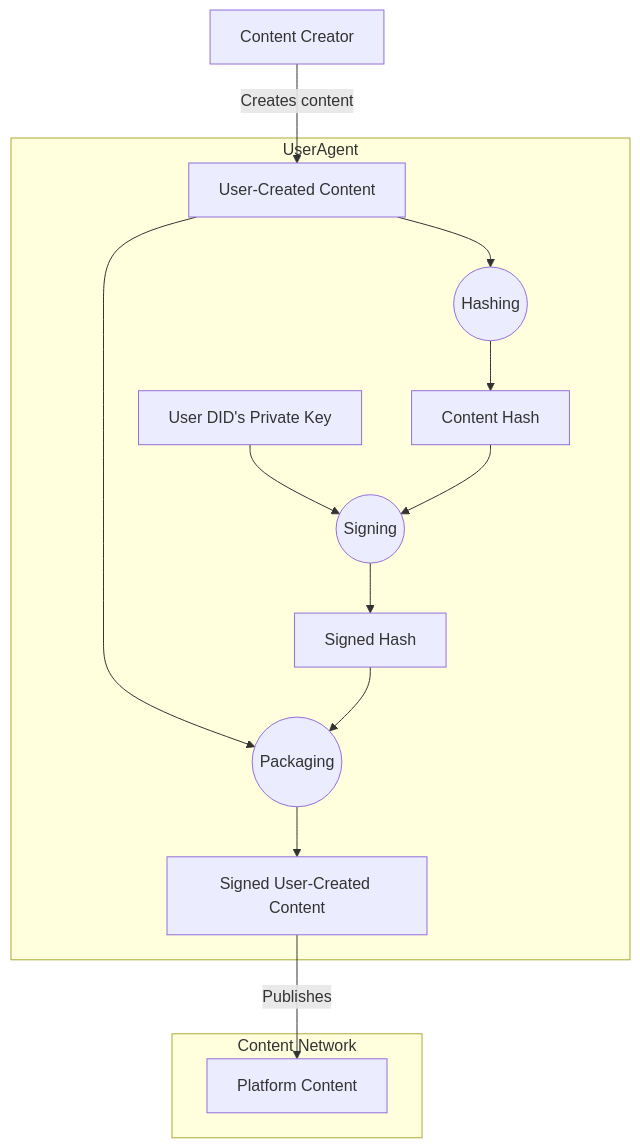
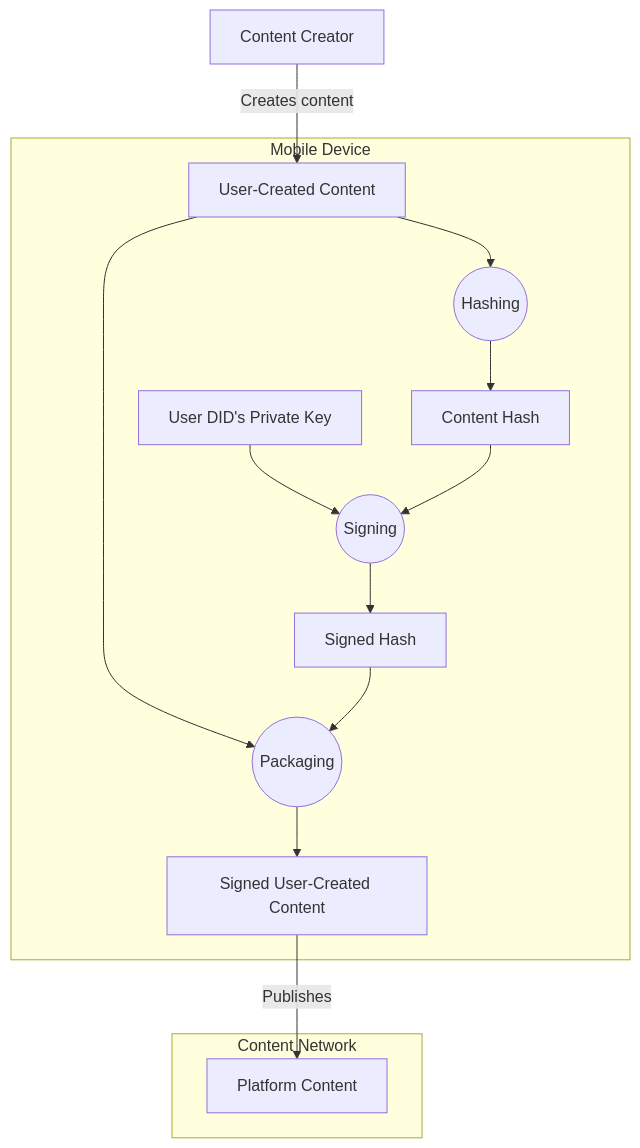
One commit to hob/content-truthiness changed the diagram in content-signing.mermaid. Above: the diagram before and after it, drawn with Mermaid.

Commit message:
Changed "user agent" to "mobile device"

```diff
--- a/content-signing.mermaid
+++ b/content-signing.mermaid
@@ -1,25 +1,25 @@
 ---
 config:
   layout: dagre
 ---
 flowchart TD
     A["Content Creator"] -- Creates content --> B["User-Created Content"]
-    subgraph UserAgent
+    subgraph Mobile Device
         B --> Hashing
         Hashing --> Hash[Content Hash]
         D[User DID's Private Key] --> Signing
         Hash --> Signing
         Signing --> E[Signed Hash]
         B --> Packaging
         E --> Packaging
         Packaging --> Package[Signed User-Created Content]
     end
 
     subgraph Content Network
         Package -- Publishes --> PC[Platform Content]
     end
 
     D@{ shape: rect}
     Packaging@{shape: circle}
     Signing@{shape: circle}
     Hashing@{shape: circle}
```
